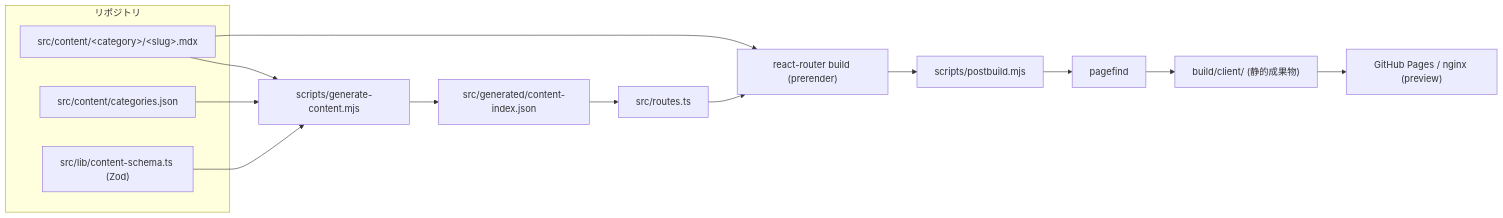
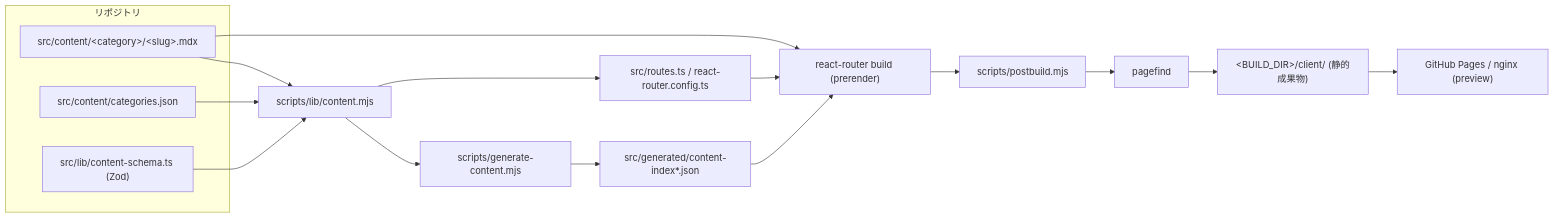
Before and after one commit to S-Kaisei/it-knowledge-base: the diagram in docs/ARCHITECTURE.md, drawn with Mermaid. The commit also changed other lines of this file and 28 other files, not shown here.

````diff
--- a/docs/ARCHITECTURE.md
+++ b/docs/ARCHITECTURE.md
@@ -10,28 +10,31 @@
 ```mermaid
 flowchart LR
   subgraph Repo["リポジトリ"]
     MDX["src/content/&lt;category&gt;/&lt;slug&gt;.mdx"]
     CAT["src/content/categories.json"]
     SCHEMA["src/lib/content-schema.ts (Zod)"]
   end
+  LIB["scripts/lib/content.mjs"]
   GEN["scripts/generate-content.mjs"]
-  IDX["src/generated/content-index.json"]
-  ROUTES["src/routes.ts"]
+  IDX["src/generated/content-index*.json"]
+  ROUTES["src/routes.ts / react-router.config.ts"]
   RR["react-router build (prerender)"]
   POST["scripts/postbuild.mjs"]
   PF["pagefind"]
-  OUT["build/client/ (静的成果物)"]
+  OUT["&lt;BUILD_DIR&gt;/client/ (静的成果物)"]
   HOST["GitHub Pages / nginx (preview)"]
 
-  MDX --> GEN
-  CAT --> GEN
-  SCHEMA --> GEN
+  MDX --> LIB
+  CAT --> LIB
+  SCHEMA --> LIB
+  LIB --> GEN
+  LIB --> ROUTES
   GEN --> IDX
-  IDX --> ROUTES
+  IDX --> RR
   ROUTES --> RR
   MDX --> RR
   RR --> POST
   POST --> PF
   PF --> OUT
   OUT --> HOST
 ```
````
